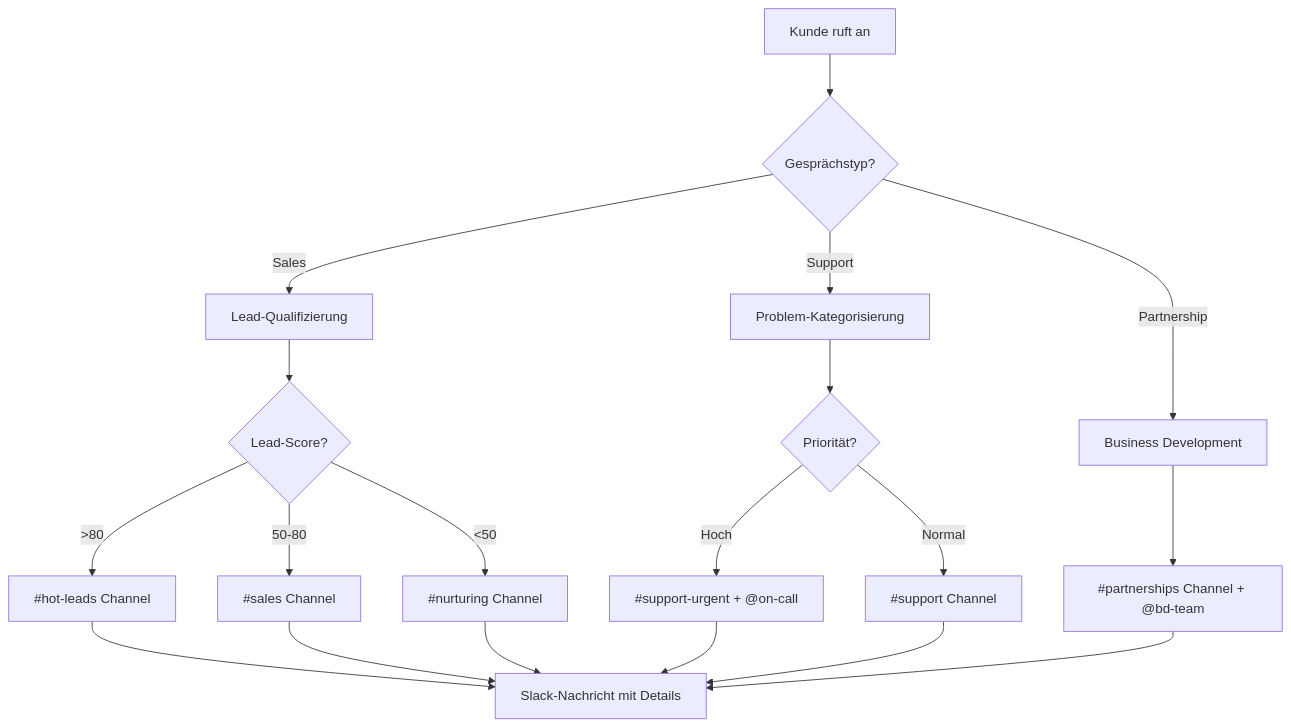
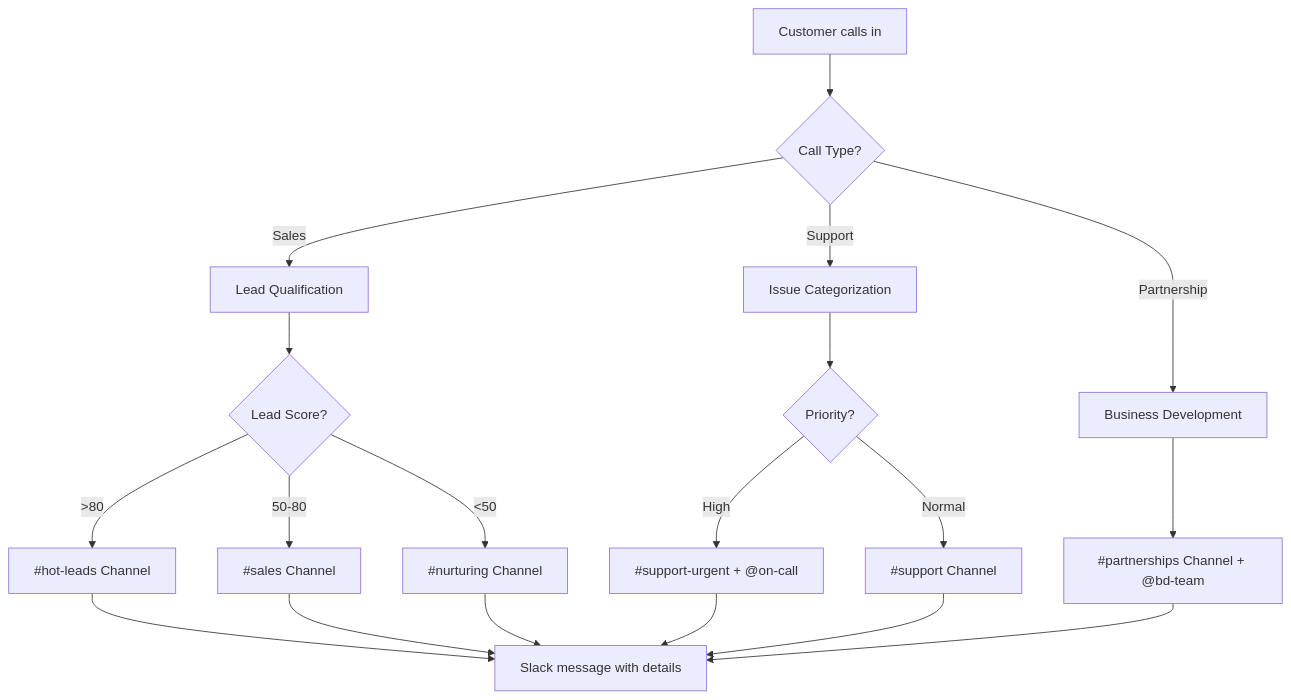
The first of 2 diagrams in en/automation-platform/mid-call-tools/integration-templates/slack-integration.mdx (bekgroup/Famulor-docs-de), drawn with Mermaid before and after one commit. The commit also changed other lines of this file and 20 other files, not shown here.

````diff
--- a/en/automation-platform/mid-call-tools/integration-templates/slack-integration.mdx
+++ b/en/automation-platform/mid-call-tools/integration-templates/slack-integration.mdx
@@ -244,25 +244,25 @@
 ```mermaid
 flowchart TD
-    A[Kunde ruft an] --> B{Gesprächstyp?}
-    B -->|Sales| C[Lead-Qualifizierung]
-    B -->|Support| D[Problem-Kategorisierung]
+    A[Customer calls in] --> B{Call Type?}
+    B -->|Sales| C[Lead Qualification]
+    B -->|Support| D[Issue Categorization]
     B -->|Partnership| E[Business Development]
     
-    C --> F{Lead-Score?}
+    C --> F{Lead Score?}
     F -->|>80| G[#hot-leads Channel]
     F -->|50-80| H[#sales Channel]
     F -->|<50| I[#nurturing Channel]
     
-    D --> J{Priorität?}
-    J -->|Hoch| K[#support-urgent + @on-call]
+    D --> J{Priority?}
+    J -->|High| K[#support-urgent + @on-call]
     J -->|Normal| L[#support Channel]
     
     E --> M[#partnerships Channel + @bd-team]
     
-    G --> N[Slack-Nachricht mit Details]
+    G --> N[Slack message with details]
     H --> N
     I --> N
     K --> N
     L --> N
     M --> N
 ```
````
